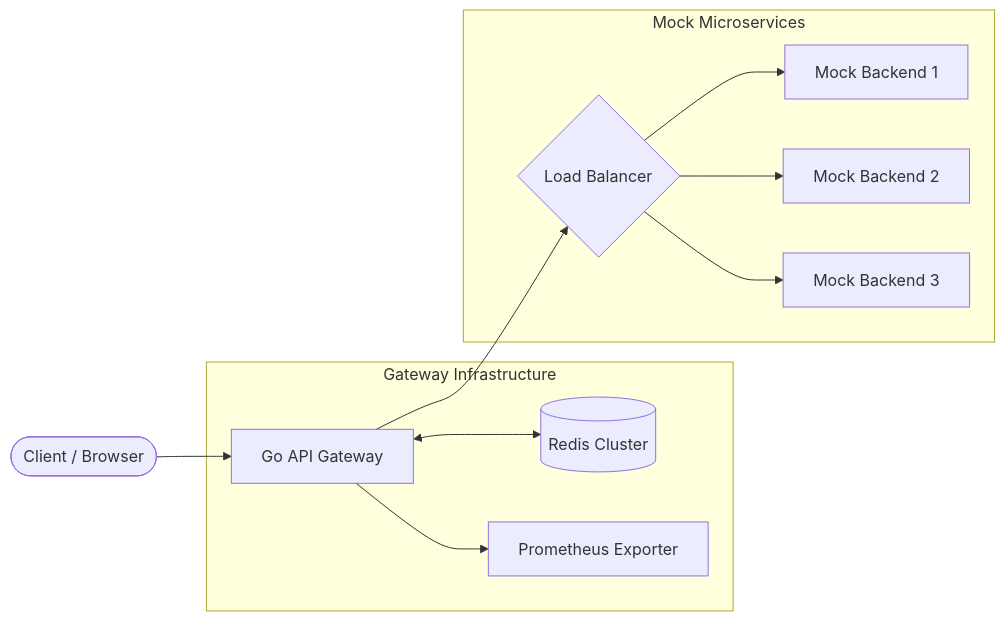
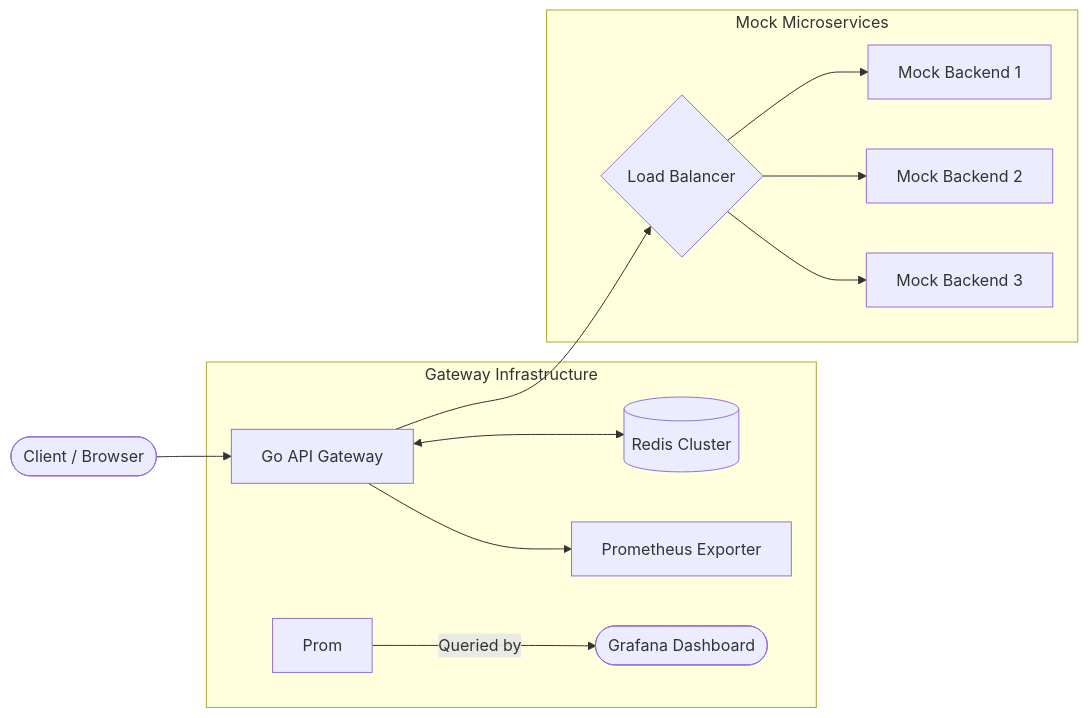
The first of 3 diagrams in Readme.md (Spydersk786/Api-Gateway), drawn with Mermaid before and after one commit.

Commit message:
Add grafana to architecture diagram

````diff
--- a/Readme.md
+++ b/Readme.md
@@ -29,17 +29,18 @@
 ```mermaid
 graph LR
     Client([Client / Browser]) --> GW[Go API Gateway]
 
     subgraph Gateway Infrastructure
         GW <--> Redis[(Redis Cluster)]
         GW --> Metrics[Prometheus Exporter]
+        Prom -->|Queried by| Grafana([Grafana Dashboard])
     end
 
     GW --> LB{Load Balancer}
 
     subgraph Mock Microservices
         LB --> S1[Mock Backend 1]
         LB --> S2[Mock Backend 2]
         LB --> S3[Mock Backend 3]
     end
 ```
````
